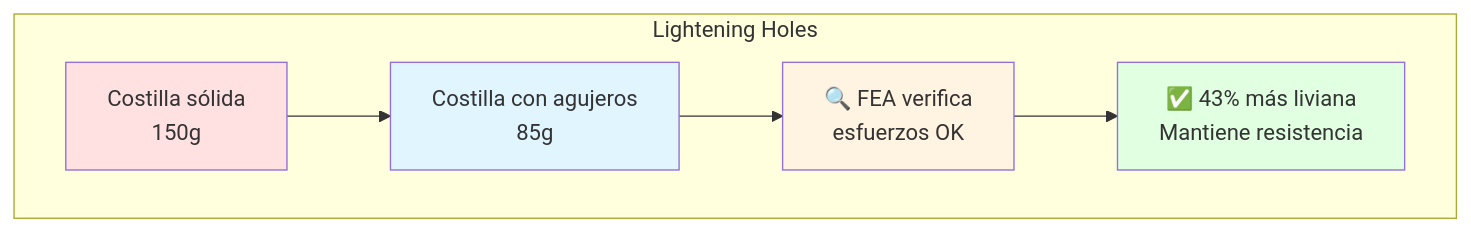
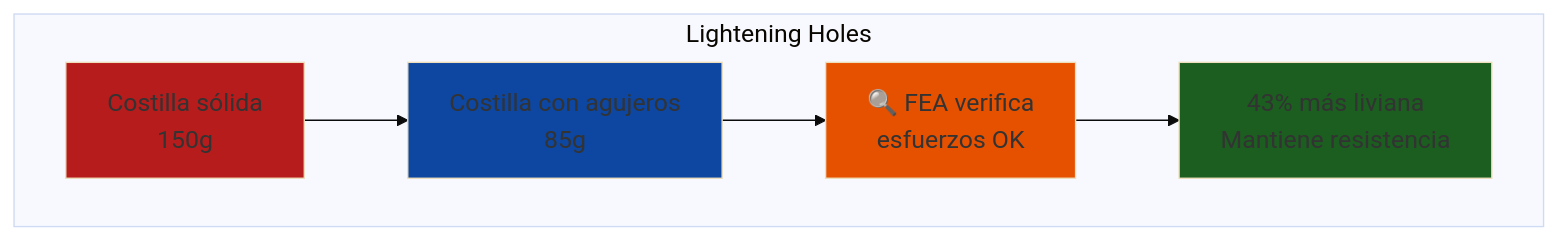
One commit to Ai-Whisperers/Courses-Content changed diagram 16 of 18 in courses/🟡-development/FPUNA-2026/03-INGENIERIA-AERONAUTICA/03-estructuras-materiales.md. Above: the diagram before and after it, drawn with Mermaid. The commit also changed other lines of this file and 47 other files, not shown here.

First line of the commit message:
fix: Make all 473 diagrams WCAG AAA accessible (FPUNA-2026)

````diff
--- a/courses/🟡-development/FPUNA-2026/03-INGENIERIA-AERONAUTICA/03-estructuras-materiales.md
+++ b/courses/🟡-development/FPUNA-2026/03-INGENIERIA-AERONAUTICA/03-estructuras-materiales.md
@@ -1063,18 +1078,19 @@
 ```mermaid
+%%{init: {'theme':'base', 'themeVariables': {'fontSize':'18px'}}}%%
 graph TD
     subgraph "Lightening Holes"
         A[Costilla sólida<br/>150g]
         B[Costilla con agujeros<br/>85g]
         C[🔍 FEA verifica<br/>esfuerzos OK]
-        D[✅ 43% más liviana<br/>Mantiene resistencia]
+        D[43% más liviana<br/>Mantiene resistencia]
         
         A --> B
         B --> C
         C --> D
     end
     
-    style A fill:#FFE1E1
-    style B fill:#E1F5FF
-    style C fill:#FFF4E1
-    style D fill:#E1FFE1
+    style A fill:#b71c1c
+    style B fill:#0d47a1
+    style C fill:#e65100
+    style D fill:#1b5e20
 ```
````
